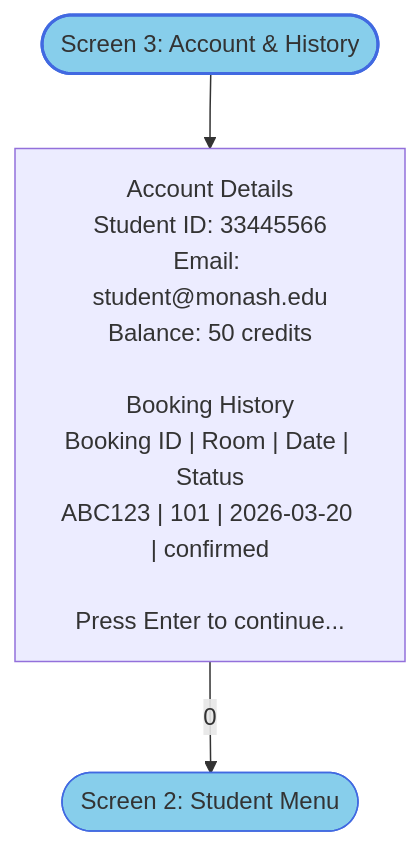
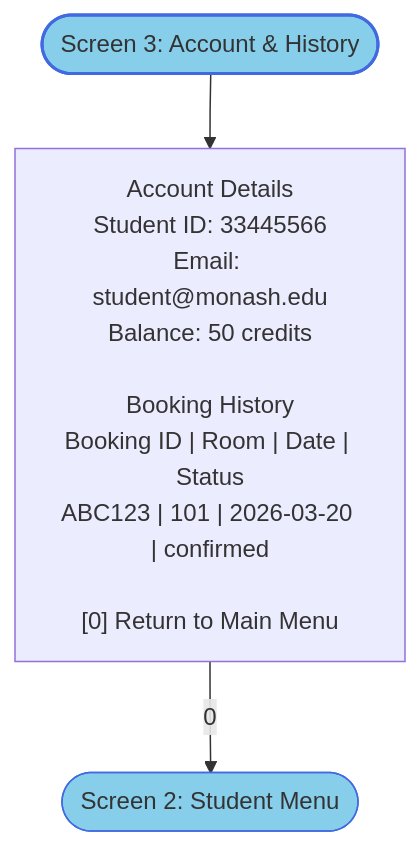
The diagram in mermaid/member_a/03_account_history.flowchart.mmd (alii0110-monash/fit5136-study-room-booking), drawn with Mermaid before and after one commit. The commit also changed 5998 other files, not shown here.

First line of the commit message:
Fix Mermaid content formatting - cleaner line breaks

```diff
--- a/mermaid/member_a/03_account_history.flowchart.mmd
+++ b/mermaid/member_a/03_account_history.flowchart.mmd
@@ -1,10 +1,10 @@
 flowchart TB
     ACCOUNT(["Screen 3: Account & History"])
-    A1["Account Details<br>Student ID: 33445566<br>Email: student@monash.edu<br>Balance: 50 credits<br><br>Booking History<br>Booking ID | Room | Date | Status<br>ABC123 | 101 | 2026-03-20 | confirmed<br><br>Press Enter to continue..."]
+    A1["Account Details<br>Student ID: 33445566<br>Email: student@monash.edu<br>Balance: 50 credits<br><br>Booking History<br>Booking ID | Room | Date | Status<br>ABC123 | 101 | 2026-03-20 | confirmed<br><br>[0] Return to Main Menu"]
     STUDENT_MENU(["Screen 2: Student Menu"])
 
     ACCOUNT --> A1
     A1 -->|"0"| STUDENT_MENU
 
     style ACCOUNT fill:#87CEEB,stroke:#4169E1,stroke-width:2px
     style STUDENT_MENU fill:#87CEEB,stroke:#4169E1
```
